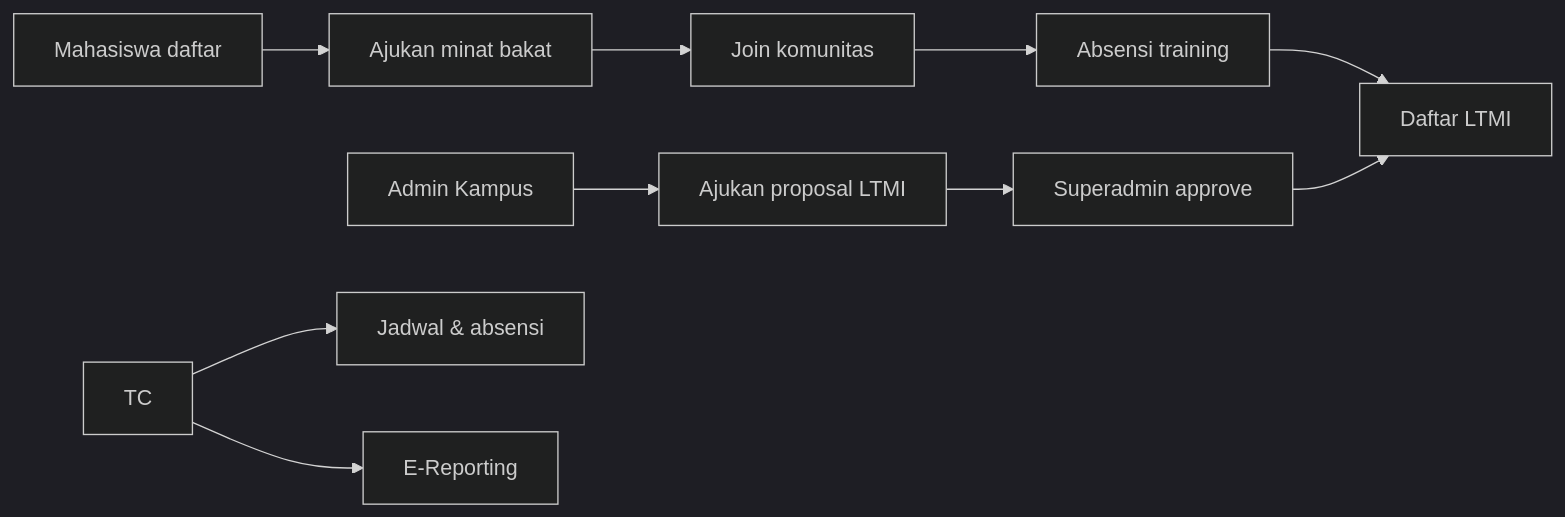
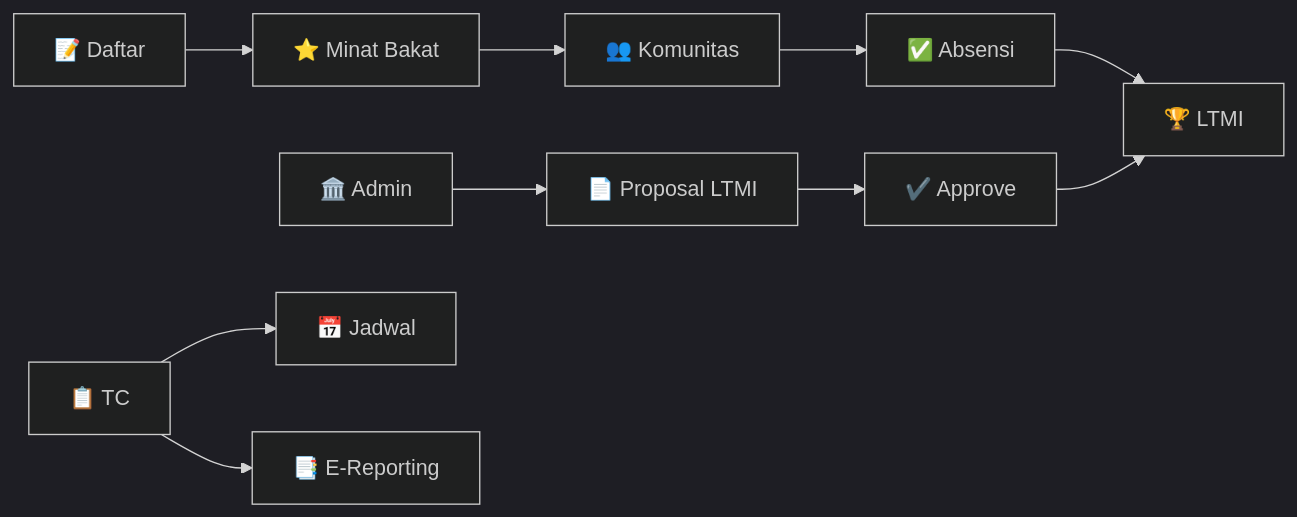
One commit to Hann000/Komunitas-Talenta-Mahasiswa-Indonesia changed the second of 2 diagrams in README.md. Above: the diagram before and after it, drawn with Mermaid (dark theme). The commit also changed other lines of this file, not shown here.

````diff
--- a/README.md
+++ b/README.md
@@ -104,14 +148,14 @@
 ```mermaid
 flowchart LR
-    A[Mahasiswa daftar] --> B[Ajukan minat bakat]
-    B --> C[Join komunitas]
-    C --> D[Absensi training]
-    D --> E[Daftar LTMI]
+    A["📝 Daftar"] --> B["⭐ Minat Bakat"]
+    B --> C["👥 Komunitas"]
+    C --> D["✅ Absensi"]
+    D --> E["🏆 LTMI"]
 
-    F[Admin Kampus] --> G[Ajukan proposal LTMI]
-    G --> H[Superadmin approve]
+    F["🏛️ Admin"] --> G["📄 Proposal LTMI"]
+    G --> H["✔️ Approve"]
     H --> E
 
-    I[TC] --> J[Jadwal & absensi]
-    I --> K[E-Reporting]
+    I["📋 TC"] --> J["📅 Jadwal"]
+    I --> K["📑 E-Reporting"]
 ```
````
